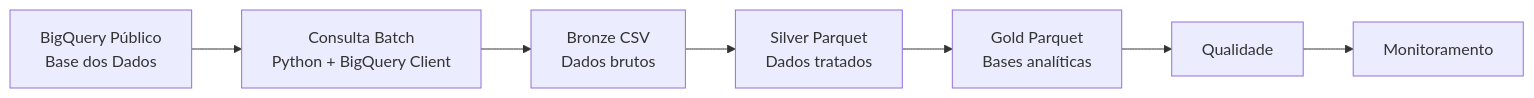
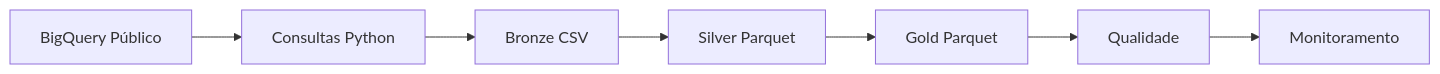
One commit to acorrea79/techchallenge-fase2-pipeline-alfabetizacao changed the second of 4 diagrams in README.md. Above: the diagram before and after it, drawn with Mermaid. The commit also changed other lines of this file and 7 other files, not shown here.

````diff
--- a/README.md
+++ b/README.md
@@ -182,9 +321,9 @@
 ```mermaid
 flowchart LR
-    A[BigQuery Público<br/>Base dos Dados] --> B[Consulta Batch<br/>Python + BigQuery Client]
-    B --> C[Bronze CSV<br/>Dados brutos]
-    C --> D[Silver Parquet<br/>Dados tratados]
-    D --> E[Gold Parquet<br/>Bases analíticas]
+    A[BigQuery Público] --> B[Consultas Python]
+    B --> C[Bronze CSV]
+    C --> D[Silver Parquet]
+    D --> E[Gold Parquet]
     E --> F[Qualidade]
     F --> G[Monitoramento]
 ```
````
